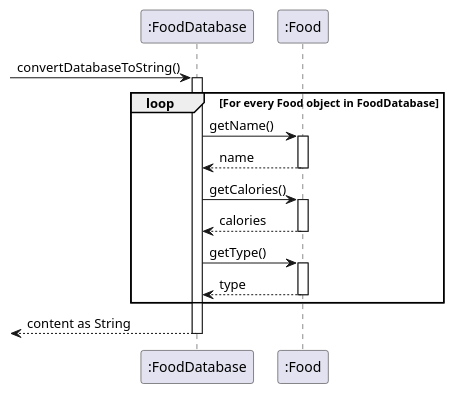
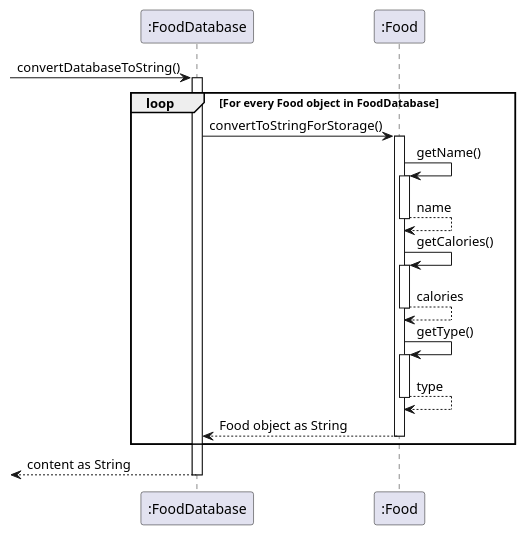
The diagram in docs/diagrams-DG/FoodDatabase_convertDatabaseToString_Seq.puml (praj-bellakka/tp), drawn with PlantUML before and after one commit. The commit also changed 5 other files, not shown here.

Commit message:
Update JavaDoc comments for FoodDatabase class and refactor Storage related code

```diff
--- a/docs/diagrams-DG/FoodDatabase_convertDatabaseToString_Seq.puml
+++ b/docs/diagrams-DG/FoodDatabase_convertDatabaseToString_Seq.puml
@@ -1,24 +1,24 @@
 @startuml
 'https://plantuml.com/sequence-diagram
 
 -> ":FoodDatabase": convertDatabaseToString()
 activate ":FoodDatabase"
 
 loop For every Food object in FoodDatabase
 
-    ":FoodDatabase" -> ":Food": getName()
+    ":FoodDatabase" -> ":Food": convertToStringForStorage()
+    activate ":Food"
+    ":Food" -> ":Food": getName()
     activate ":Food"
     return name
-
-    ":FoodDatabase" -> ":Food": getCalories()
+    ":Food" -> ":Food": getCalories()
     activate ":Food"
     return calories
-
-    ":FoodDatabase" -> ":Food": getType()
+    ":Food" -> ":Food": getType()
     activate ":Food"
     return type
-
+    return Food object as String
 end
 
 return content as String
 @enduml
```
